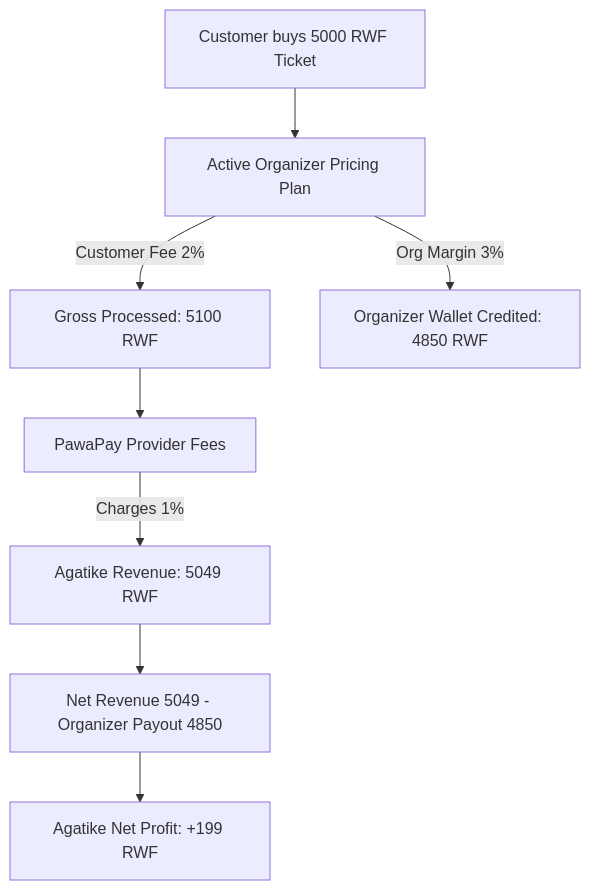
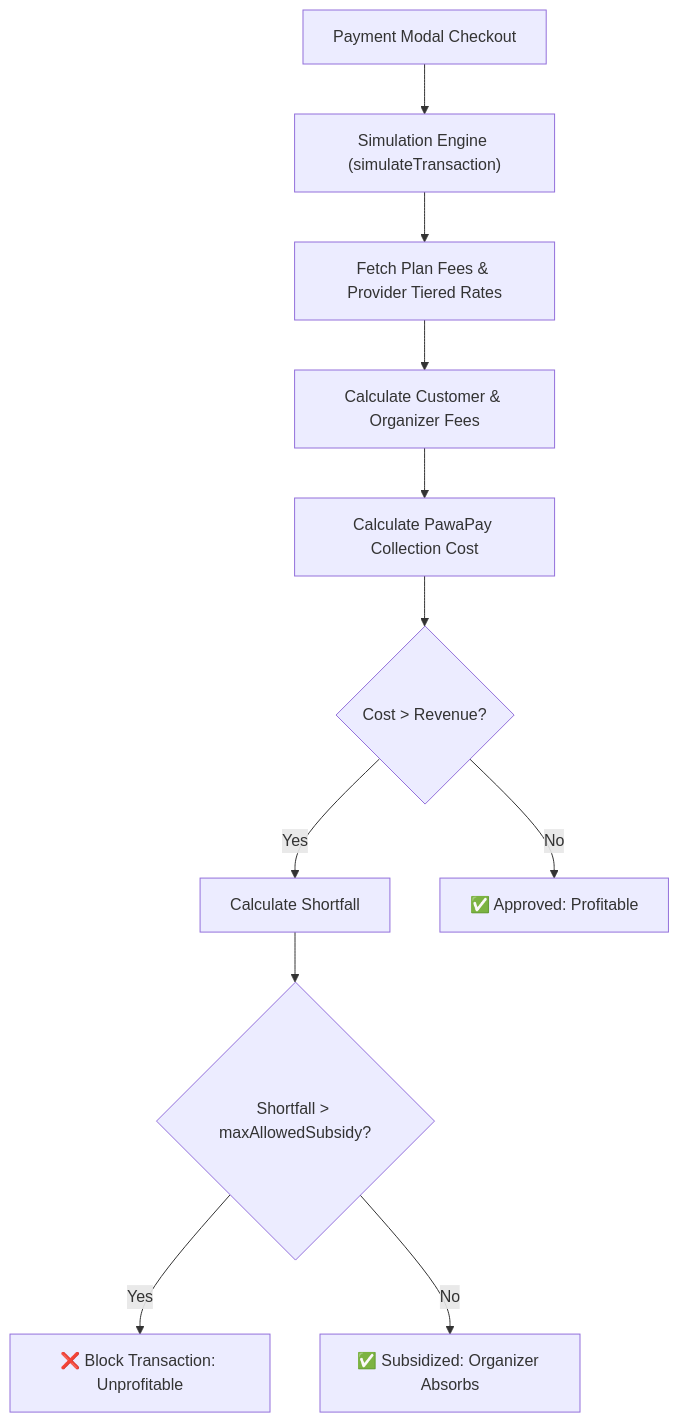
Before and after one commit to FEATHERS-GROUP/agatike-connect: diagram 57 of 57 in README.md, drawn with Mermaid. The commit also changed other lines of this file, not shown here.

Commit message:
readme - commsionbs

````diff
--- a/README.md
+++ b/README.md
@@ -2075,12 +2076,15 @@
 ```mermaid
 flowchart TD
-    Ticket["Customer buys 5000 RWF Ticket"] --> Plan["Active Organizer Pricing Plan"]
-    Plan -->|Customer Fee 2%| Gross["Gross Processed: 5100 RWF"]
-    Plan -->|Org Margin 3%| Wallet["Organizer Wallet Credited: 4850 RWF"]
-
-    Gross --> Gateway["PawaPay Provider Fees"]
-    Gateway -->|Charges 1%| Net["Agatike Revenue: 5049 RWF"]
-
-    Net --> ProfitCalc["Net Revenue 5049 - Organizer Payout 4850"]
-    ProfitCalc --> FinalProfit["Agatike Net Profit: +199 RWF"]
+    Checkout["Payment Modal Checkout"] --> Engine["Simulation Engine (simulateTransaction)"]
+    Engine --> GetFees["Fetch Plan Fees & Provider Tiered Rates"]
+    GetFees --> CalcRev["Calculate Customer & Organizer Fees"]
+    CalcRev --> CalcCost["Calculate PawaPay Collection Cost"]
+    
+    CalcCost --> CheckMargin{Cost > Revenue?}
+    CheckMargin -->|Yes| Shortfall["Calculate Shortfall"]
+    Shortfall --> SubsidyCheck{Shortfall > maxAllowedSubsidy?}
+    
+    SubsidyCheck -->|Yes| Blocked["❌ Block Transaction: Unprofitable"]
+    SubsidyCheck -->|No| Subsidized["✅ Subsidized: Organizer Absorbs"]
+    CheckMargin -->|No| Approved["✅ Approved: Profitable"]
 ```
````
